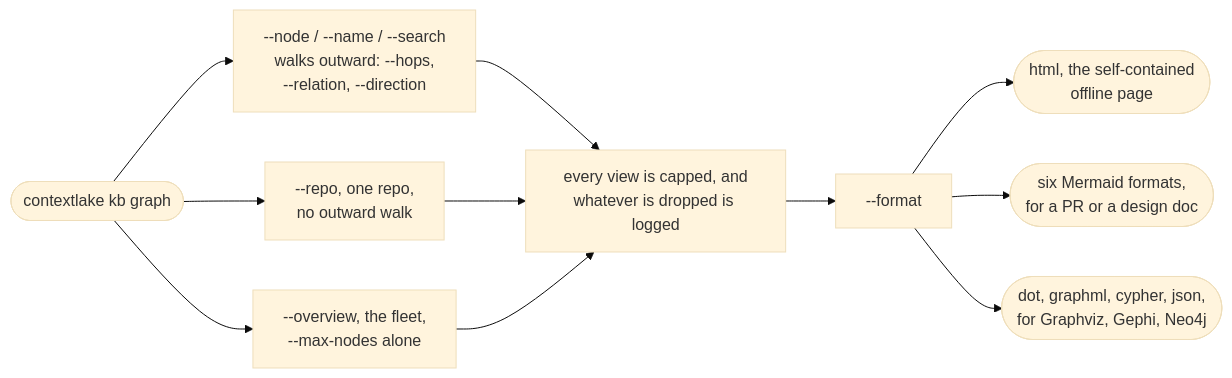
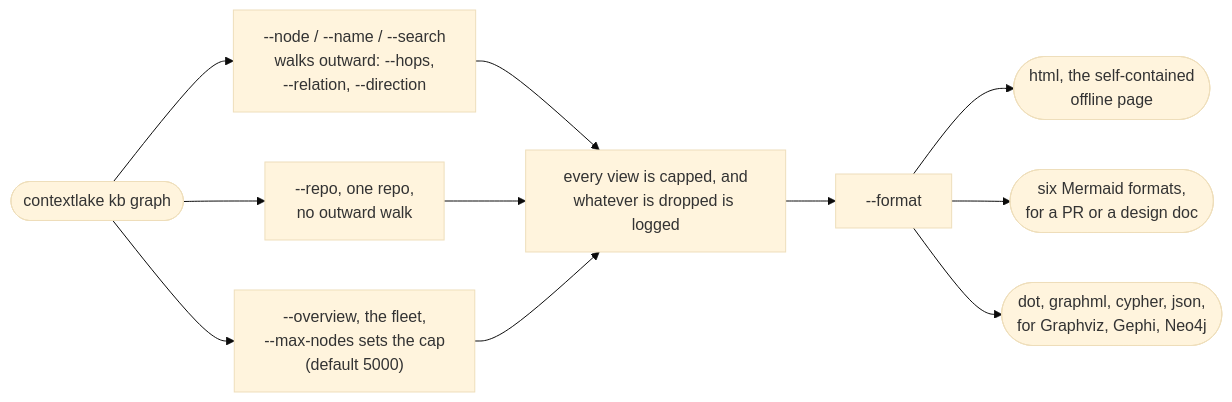
The diagram in docs/visualizing-the-graph.md (sayak-sarkar/contextlake), drawn with Mermaid (base theme) before and after one commit. The commit also changed other lines of this file and 11 other files, not shown here.

First line of the commit message:
docs(site): correct 22 claims and diagrams on 12 docs pages

````diff
--- a/docs/visualizing-the-graph.md
+++ b/docs/visualizing-the-graph.md
@@ -18,13 +18,13 @@
 ```mermaid
 flowchart LR
   A(["contextlake kb graph"]) --> S1["--node / --name / --search<br/>walks outward: --hops,<br/>--relation, --direction"]
   A --> S2["--repo, one repo,<br/>no outward walk"]
-  A --> S3["--overview, the fleet,<br/>--max-nodes alone"]
+  A --> S3["--overview, the fleet,<br/>--max-nodes sets the cap<br/>(default 5000)"]
   S1 --> B["every view is capped, and<br/>whatever is dropped is logged"]
   S2 --> B
   S3 --> B
   B --> F["--format"]
   F --> H(["html, the self-contained<br/>offline page"])
   F --> M(["six Mermaid formats,<br/>for a PR or a design doc"])
   F --> X(["dot, graphml, cypher, json,<br/>for Graphviz, Gephi, Neo4j"])
 ```
````
